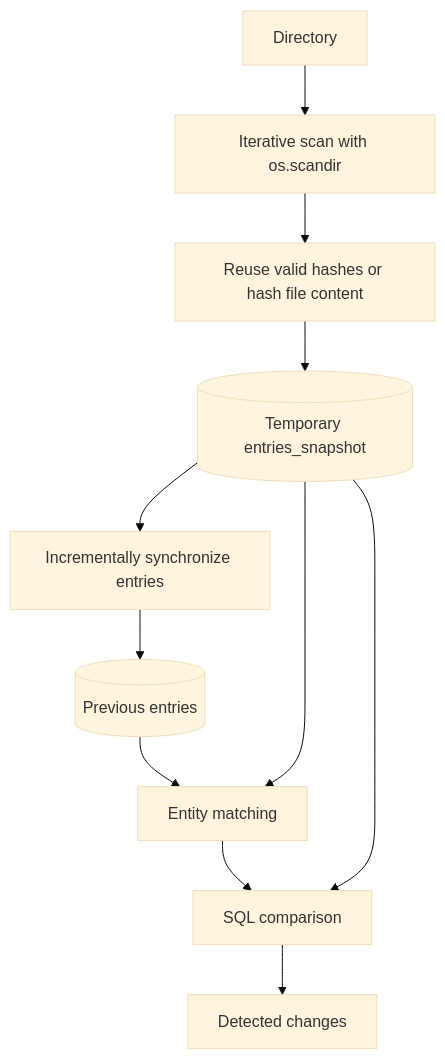
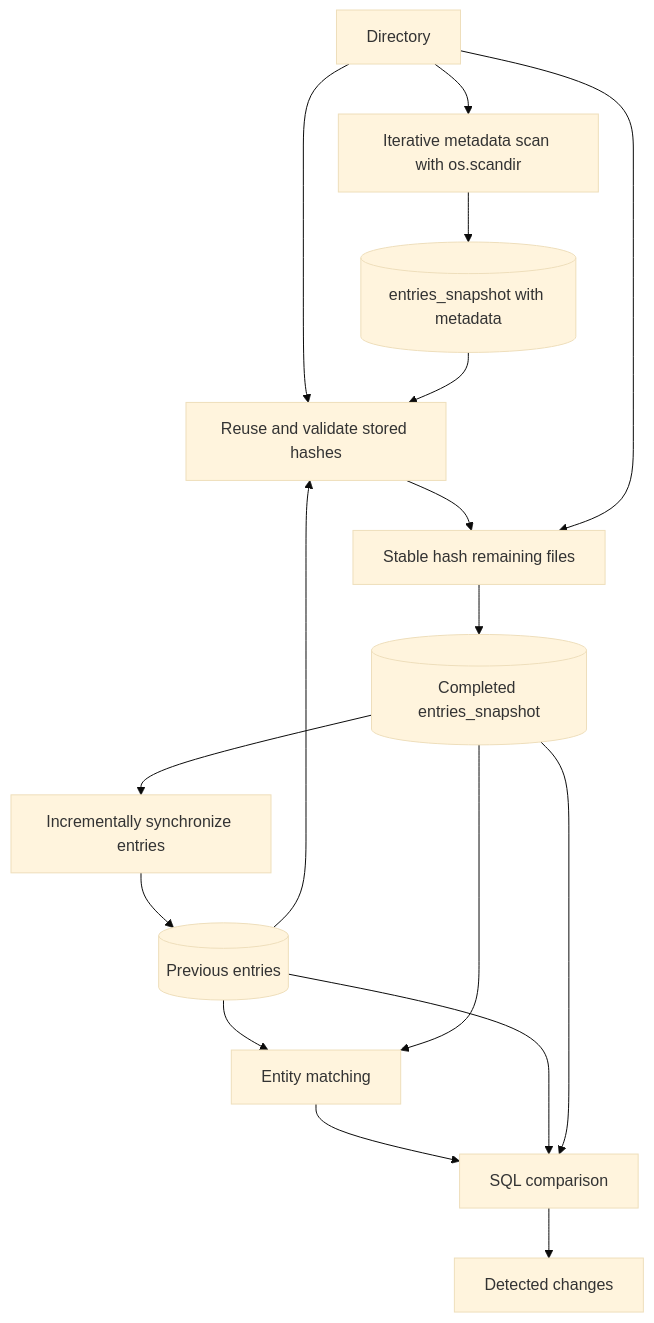
Before and after one commit to maximmuss699/Directory-scanner-wth-database: the second of 3 diagrams in README.md, drawn with Mermaid (base theme). The commit also changed other lines of this file, not shown here.

Commit message:
docs: update flowchart diagrams in README

````diff
--- a/README.md
+++ b/README.md
@@ -60,13 +64,19 @@
 ```mermaid
 flowchart TD
-    A[Directory] --> B[Iterative scan with os.scandir]
-    B --> H[Reuse valid hashes or hash file content]
-    H --> C[(Temporary entries_snapshot)]
+    A[Directory] --> B[Iterative metadata scan with os.scandir]
+    B --> C[(entries_snapshot with metadata)]
+    A --> R[Reuse and validate stored hashes]
+    C --> R
+    D[(Previous entries)] --> R
+    R --> H[Stable hash remaining files]
+    A --> H
+    H --> S[(Completed entries_snapshot)]
     D[(Previous entries)] --> M[Entity matching]
-    C --> M
+    S --> M
     M --> E[SQL comparison]
-    C --> E
+    D --> E
+    S --> E
     E --> F[Detected changes]
-    C --> G[Incrementally synchronize entries]
+    S --> G[Incrementally synchronize entries]
     G --> D
 ```
````
